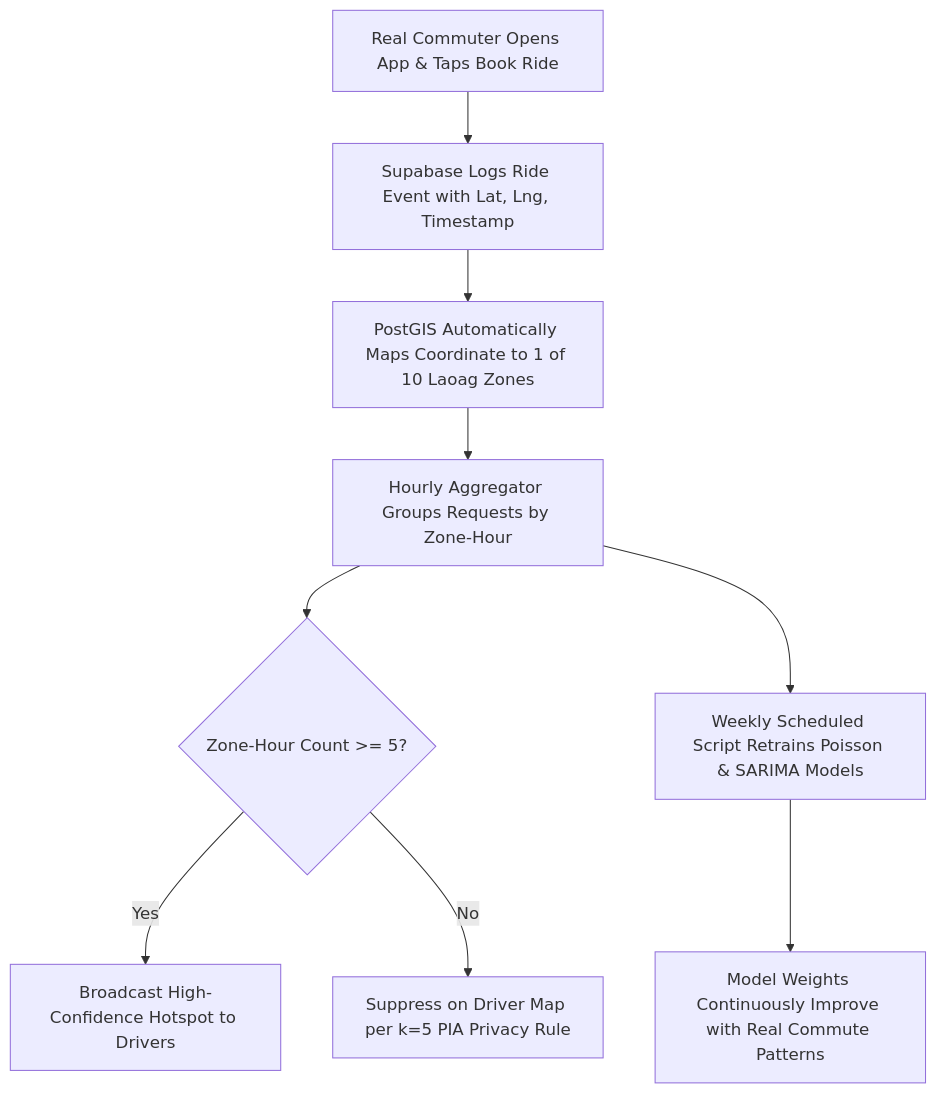
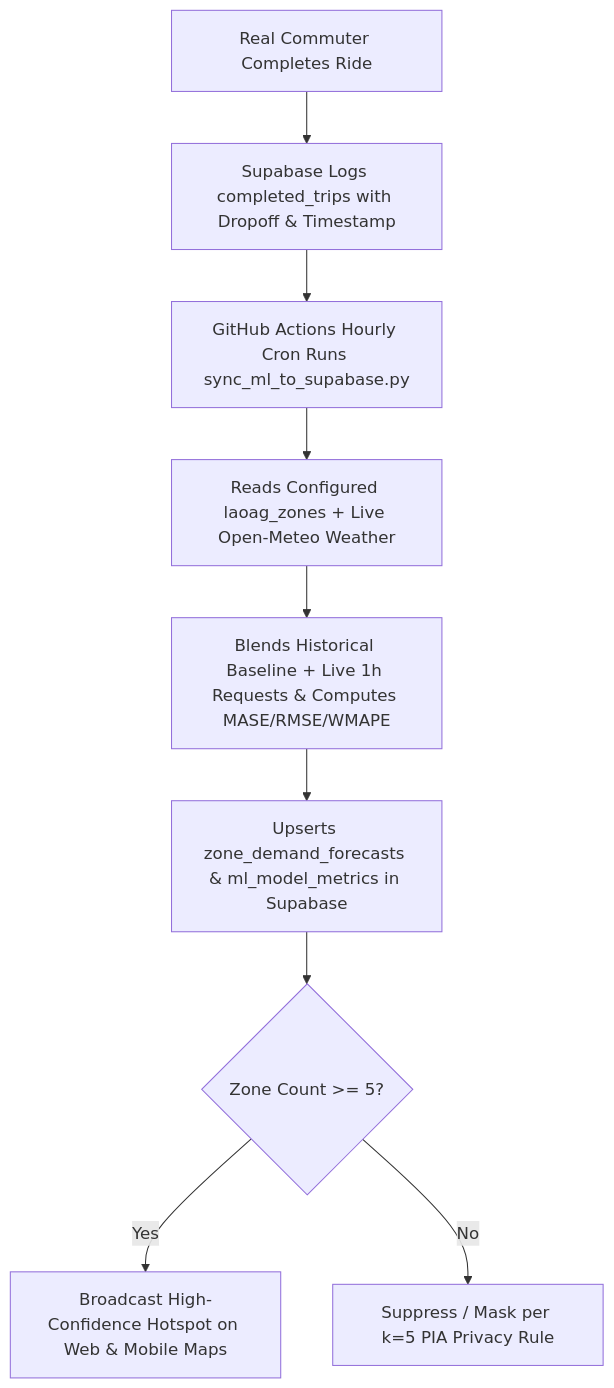
Before and after one commit to Coding-Water/PasadaNorte: the diagram in DEPLOYMENT_AND_PRODUCTION_READINESS_GUIDE.md, drawn with Mermaid. The commit also changed other lines of this file, not shown here.

Commit message:
docs: update DEPLOYMENT_AND_PRODUCTION_READINESS_GUIDE.md for serverless ML Kit and GitHub Actions architecture

````diff
--- a/DEPLOYMENT_AND_PRODUCTION_READINESS_GUIDE.md
+++ b/DEPLOYMENT_AND_PRODUCTION_READINESS_GUIDE.md
@@ -40,11 +41,11 @@
 ```mermaid
 flowchart TD
-    A[Real Commuter Opens App & Taps Book Ride] --> B[Supabase Logs Ride Event with Lat, Lng, Timestamp]
-    B --> C[PostGIS Automatically Maps Coordinate to 1 of 10 Laoag Zones]
-    C --> D[Hourly Aggregator Groups Requests by Zone-Hour]
-    D --> E{Zone-Hour Count >= 5?}
-    E -- Yes --> F[Broadcast High-Confidence Hotspot to Drivers]
-    E -- No --> G[Suppress on Driver Map per k=5 PIA Privacy Rule]
-    D --> H[Weekly Scheduled Script Retrains Poisson & SARIMA Models]
-    H --> I[Model Weights Continuously Improve with Real Commute Patterns]
+    A[Real Commuter Completes Ride] --> B[Supabase Logs completed_trips with Dropoff & Timestamp]
+    B --> C[GitHub Actions Hourly Cron Runs sync_ml_to_supabase.py]
+    C --> D[Reads Configured laoag_zones + Live Open-Meteo Weather]
+    D --> E[Blends Historical Baseline + Live 1h Requests & Computes MASE/RMSE/WMAPE]
+    E --> F[Upserts zone_demand_forecasts & ml_model_metrics in Supabase]
+    F --> G{Zone Count >= 5?}
+    G -- Yes --> H[Broadcast High-Confidence Hotspot on Web & Mobile Maps]
+    G -- No --> I[Suppress / Mask per k=5 PIA Privacy Rule]
 ```
````
